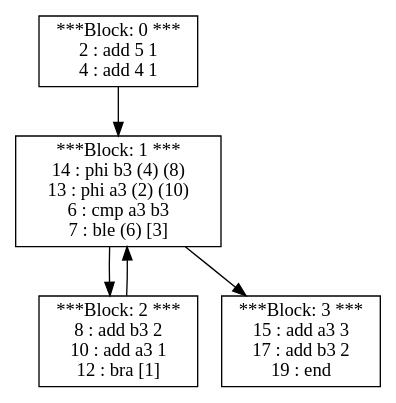
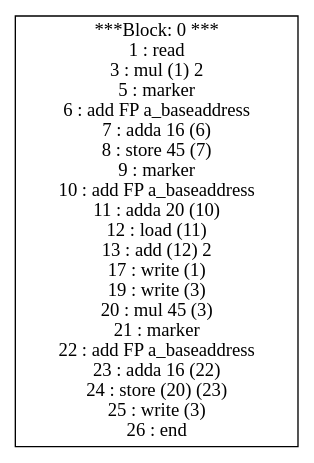
The diagram in src/Display/dotOutput.gv (vigneshjathavara/PL241-Compiler), drawn with Graphviz before and after one commit. The commit also changed 22 other files, not shown here.

```diff
--- a/src/Display/dotOutput.gv
+++ b/src/Display/dotOutput.gv
@@ -1,11 +1,4 @@
 digraph structs {
-0 [shape=record,label="***Block: 0 ***\n2 : add 5 1 \n4 : add 4 1 \n"]
-1 [shape=record,label="***Block: 1 ***\n14 : phi b3 (4) (8) \n13 : phi a3 (2) (10) \n6 : cmp a3 b3 \n7 : ble (6) [3]\n"]
-2 [shape=record,label="***Block: 2 ***\n8 : add b3 2 \n10 : add a3 1 \n12 : bra [1]\n"]
-3 [shape=record,label="***Block: 3 ***\n15 : add a3 3 \n17 : add b3 2 \n19 : end \n"]
-0 -> 1;
-1 -> 2;
-2 -> 1;
-1 -> 3;
+0 [shape=record,label="***Block: 0 ***\n1 : read \n3 : mul (1) 2 \n5 : marker \n6 : add FP a_baseaddress \n7 : adda 16 (6) \n8 : store 45 (7) \n9 : marker \n10 : add FP a_baseaddress \n11 : adda 20 (10) \n12 : load (11) \n13 : add (12) 2 \n17 : write (1)\n19 : write (3)\n20 : mul 45 (3) \n21 : marker \n22 : add FP a_baseaddress \n23 : adda 16 (22) \n24 : store (20) (23) \n25 : write (3)\n26 : end \n"]
 
 }
```
